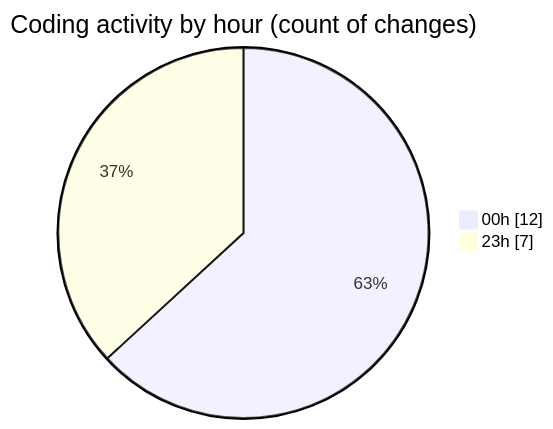
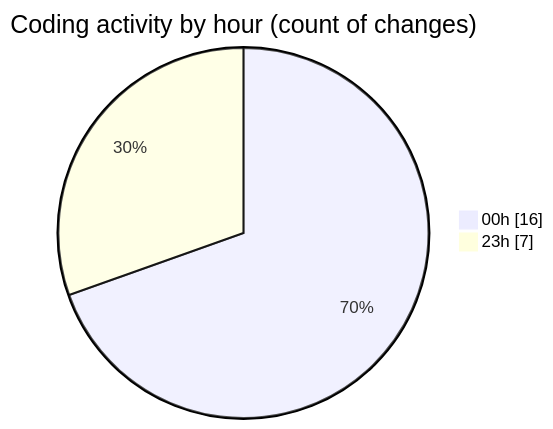
The second of 2 diagrams in 2025-08-12/rentotp/README.md (lephambinh05/code-tracking), drawn with Mermaid before and after one commit. The commit also changed other lines of this file and 1 other file, not shown here.

````diff
--- a/2025-08-12/rentotp/README.md
+++ b/2025-08-12/rentotp/README.md
@@ -33,6 +35,6 @@
 ```mermaid
 pie showData
 title Coding activity by hour (count of changes)
-"00h" : 12
+"00h" : 16
 "23h" : 7
 ```
````
